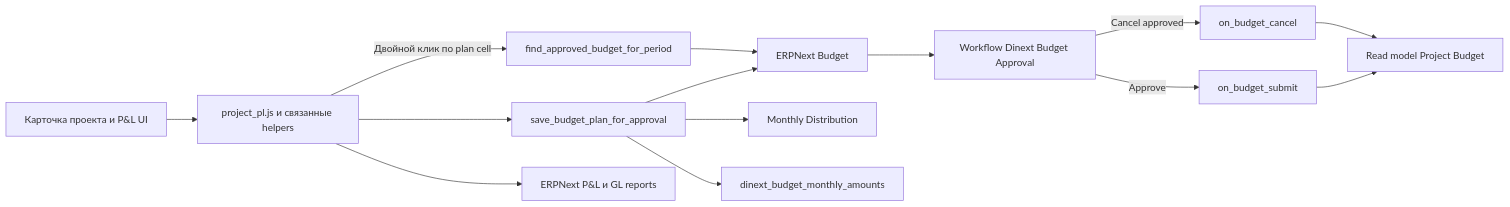
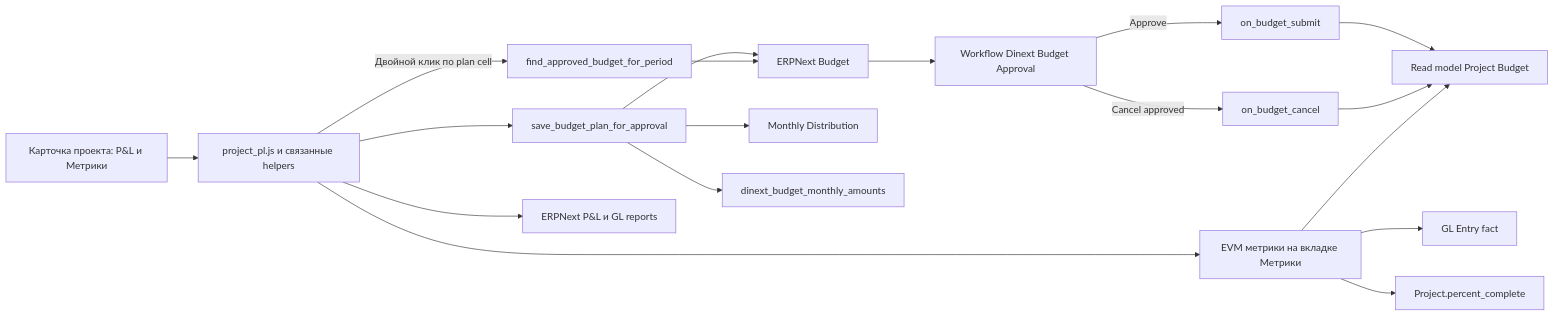
Before and after one commit to Dinext-pro/dinext-projects-pl: the diagram in README.md, drawn with Mermaid. The commit also changed other lines of this file and 12 other files, not shown here.

First line of the commit message:
Enhance project financial metrics and UI

````diff
--- a/README.md
+++ b/README.md
@@ -226,16 +237,20 @@
 ```mermaid
 flowchart LR
-  ProjectForm[Карточка проекта и P&L UI] --> ClientJS[project_pl.js и связанные helpers]
+  ProjectForm[Карточка проекта: P&L и Метрики] --> ClientJS[project_pl.js и связанные helpers]
   ClientJS --> ApprovalAPI[save_budget_plan_for_approval]
   ApprovalAPI --> BudgetDoc[ERPNext Budget]
   ApprovalAPI --> MonthlyDistribution[Monthly Distribution]
   ApprovalAPI --> ExactMonthly[dinext_budget_monthly_amounts]
   BudgetDoc --> Workflow[Workflow Dinext Budget Approval]
   Workflow -->|Approve| SubmitHook[on_budget_submit]
   Workflow -->|Cancel approved| CancelHook[on_budget_cancel]
   SubmitHook --> ProjectBudget[Read model Project Budget]
   CancelHook --> ProjectBudget
+  ClientJS --> MetricsUI[EVM метрики на вкладке Метрики]
+  MetricsUI --> ProjectBudget
+  MetricsUI --> GLEntry[GL Entry fact]
+  MetricsUI --> ProjectProgress[Project.percent_complete]
   ClientJS -->|Двойной клик по plan cell| FindApproved[find_approved_budget_for_period]
   FindApproved --> BudgetDoc
   ClientJS --> Reports[ERPNext P&L и GL reports]
 ```
````
